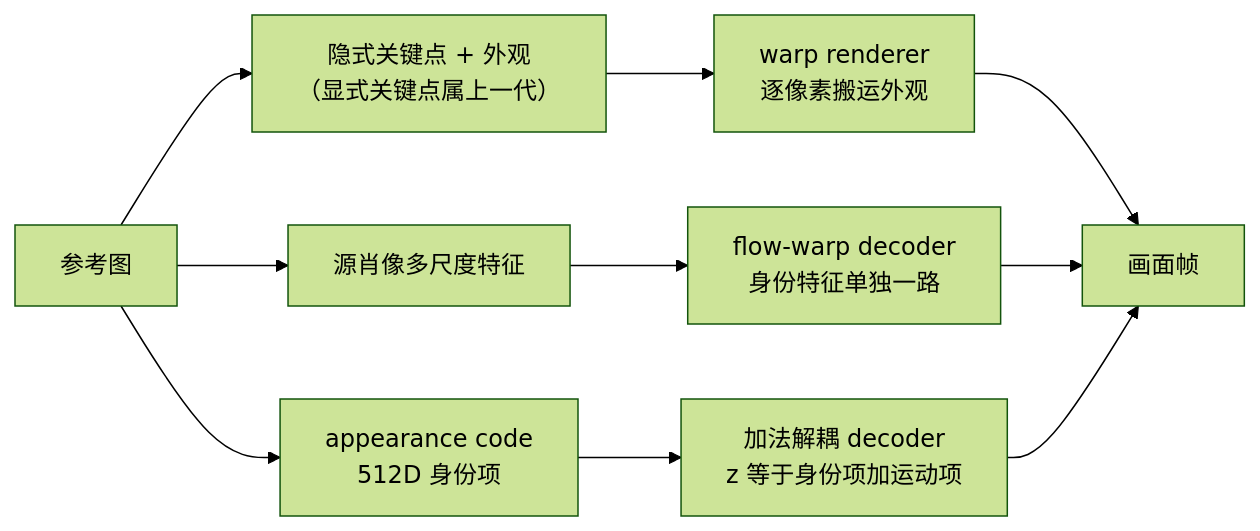
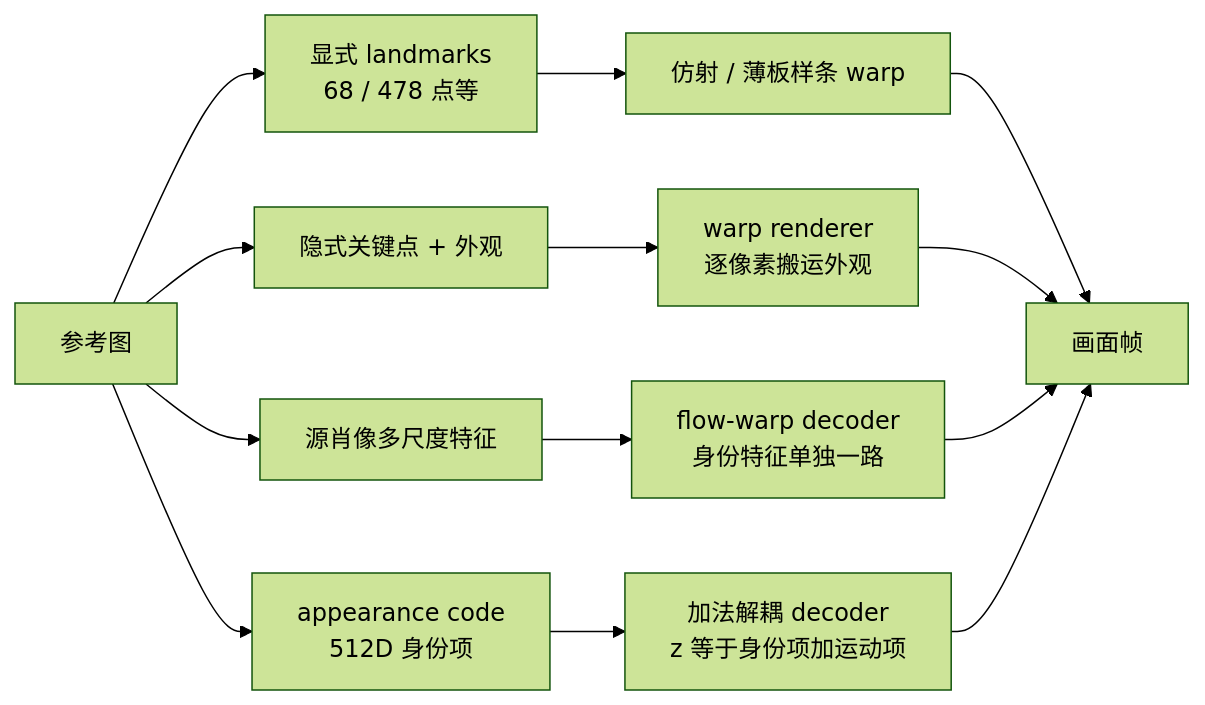
Before and after one commit to gongshangzheng/digital-human: the first of 4 diagrams in management/docs/实习复盘/数字人身份.md, drawn with Mermaid (forest theme). The commit also changed other lines of this file and 3 other files, not shown here.

````diff
--- a/management/docs/实习复盘/数字人身份.md
+++ b/management/docs/实习复盘/数字人身份.md
@@ -28,12 +28,15 @@
 ```mermaid
 flowchart LR
-    REF["参考图"] --> E1["隐式关键点 + 外观<br/>（显式关键点属上一代）"]
+    REF["参考图"] --> E0["显式 landmarks<br/>68 / 478 点等"]
+    E0 --> W0["仿射 / 薄板样条 warp"]
+    REF --> E1["隐式关键点 + 外观"]
     REF --> E2["源肖像多尺度特征"]
     REF --> E3["appearance code<br/>512D 身份项"]
     E1 --> W["warp renderer<br/>逐像素搬运外观"]
     E2 --> F["flow-warp decoder<br/>身份特征单独一路"]
     E3 --> A["加法解耦 decoder<br/>z 等于身份项加运动项"]
+    W0 --> OUT["画面帧"]
     W --> OUT["画面帧"]
     F --> OUT
     A --> OUT
 ```
````
